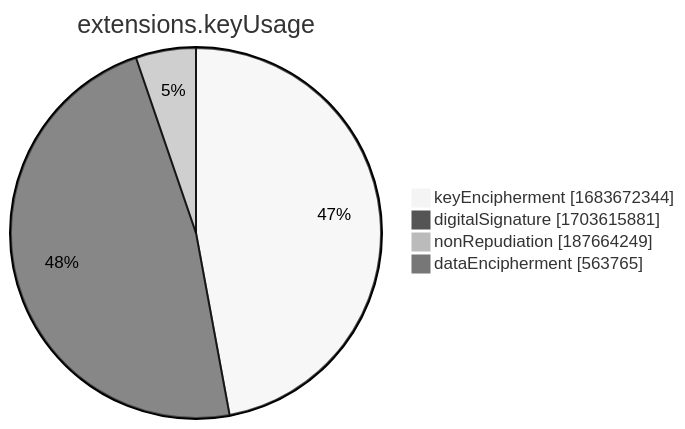
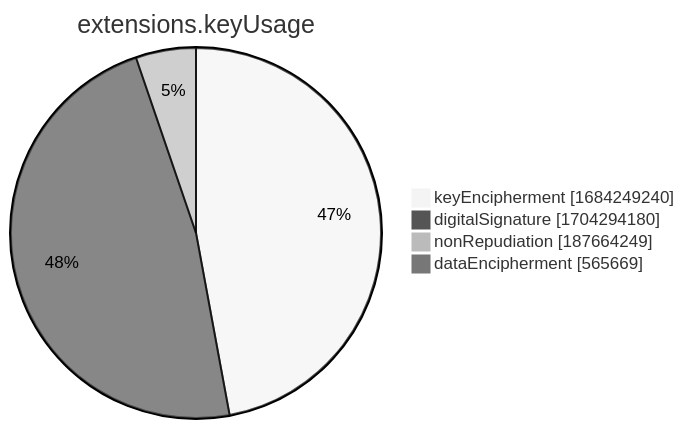
Before and after one commit to christiankrug/ctmonitor_visualization: the seventh of 15 diagrams in xenon2022/README.md, drawn with Mermaid (neutral theme). The commit also changed other lines of this file, not shown here.

````diff
--- a/xenon2022/README.md
+++ b/xenon2022/README.md
@@ -2857,8 +2857,8 @@
 ```mermaid
 pie showData
 title extensions.keyUsage
-"keyEncipherment" :1683672344
-"digitalSignature" :1703615881
+"keyEncipherment" :1684249240
+"digitalSignature" :1704294180
 "nonRepudiation" :187664249
-"dataEncipherment" :563765
+"dataEncipherment" :565669
 ```
````
